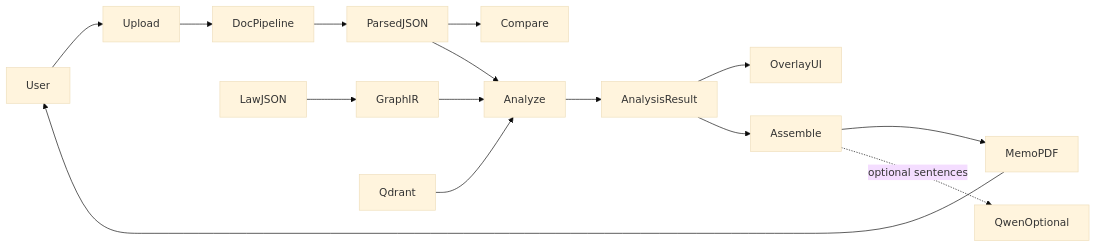
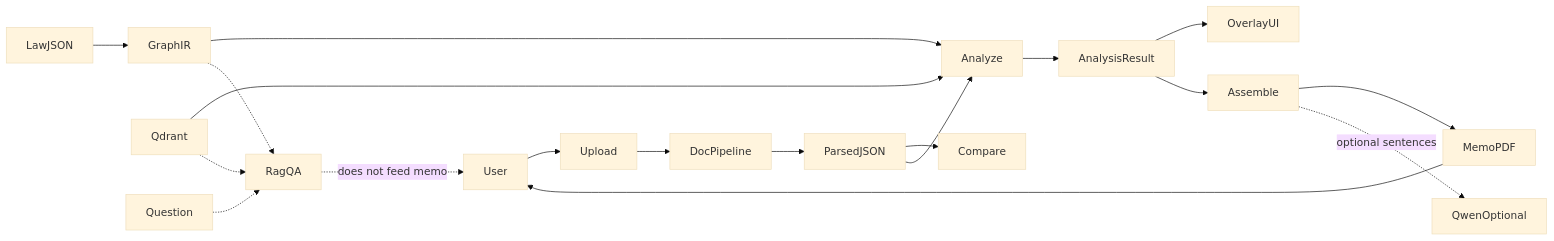
The diagram in plan.md (SohamSurve22/PolarisTest), drawn with Mermaid (base theme) before and after one commit. The commit also changed other lines of this file and 55 other files, not shown here.

````diff
--- a/plan.md
+++ b/plan.md
@@ -9,16 +9,20 @@
 ```mermaid
 flowchart LR
   User --> Upload
   Upload --> DocPipeline --> ParsedJSON
   ParsedJSON --> Compare
   LawJSON --> GraphIR
   GraphIR --> Analyze
   Qdrant --> Analyze
   ParsedJSON --> Analyze
   Analyze --> AnalysisResult
   AnalysisResult --> OverlayUI
   AnalysisResult --> Assemble
   Assemble --> MemoPDF
   Assemble -.->|optional sentences| QwenOptional
   MemoPDF --> User
+  Question -.-> RagQA
+  Qdrant -.-> RagQA
+  GraphIR -.-> RagQA
+  RagQA -.->|does not feed memo| User
 ```
````
